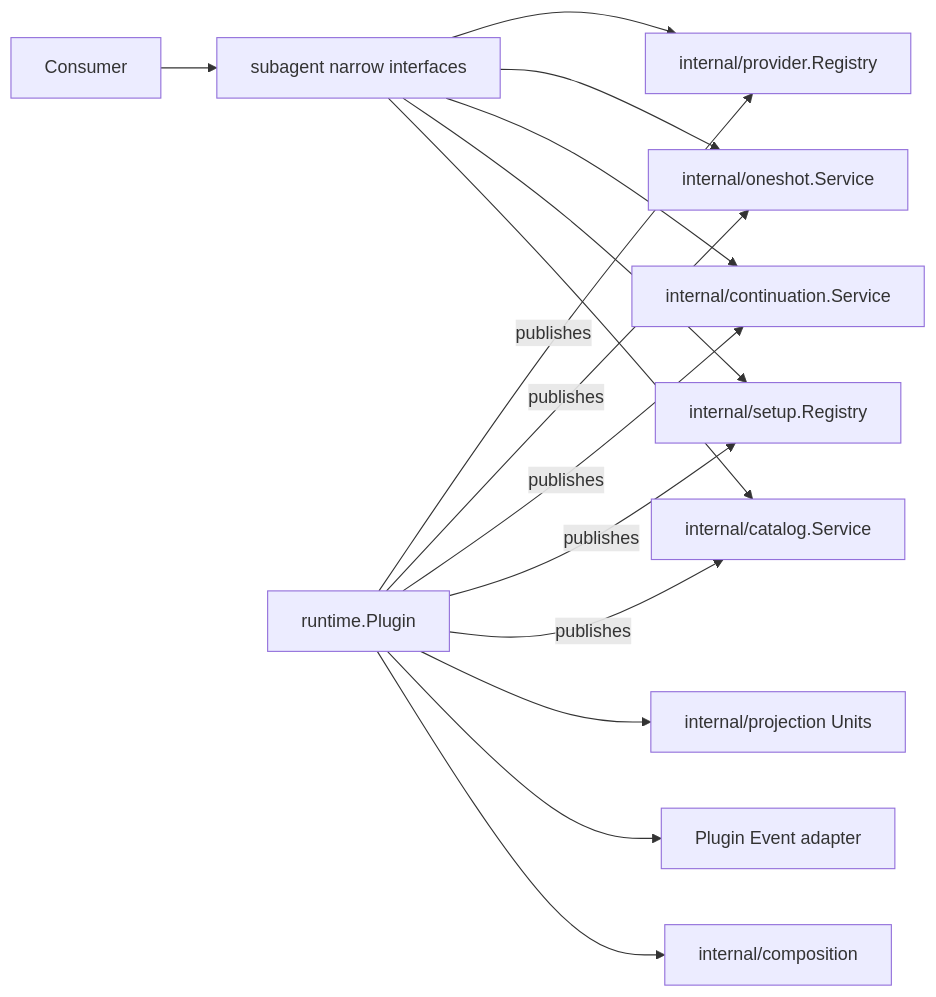
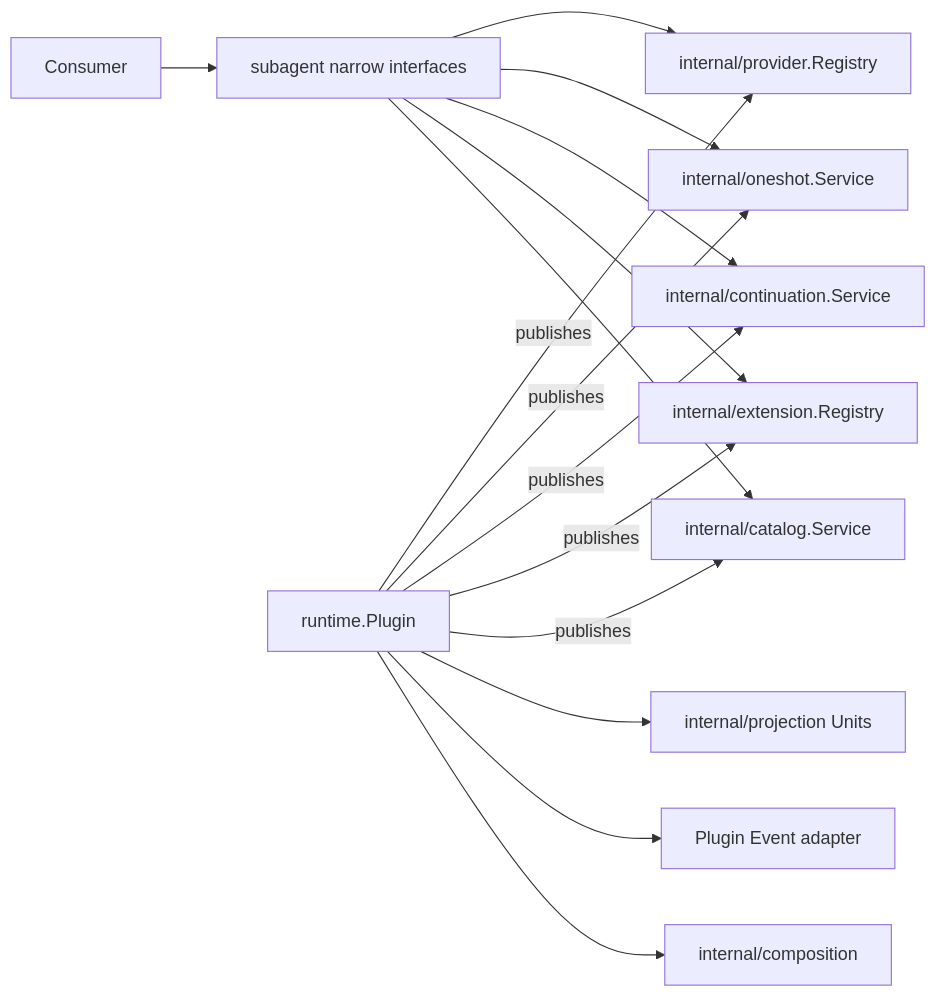
One commit to gorenx/goren changed the diagram in subagent/runtime/README.zh-CN.md. Above: the diagram before and after it, drawn with Mermaid. The commit also changed other lines of this file and 17 other files, not shown here.

````diff
--- a/subagent/runtime/README.zh-CN.md
+++ b/subagent/runtime/README.zh-CN.md
@@ -7,17 +7,17 @@
 ```mermaid
 flowchart LR
     Consumer --> Contracts[subagent narrow interfaces]
     Plugin[runtime.Plugin] -->|publishes| Provider[internal/provider.Registry]
     Plugin -->|publishes| OneShot[internal/oneshot.Service]
     Plugin -->|publishes| Continuation[internal/continuation.Service]
-    Plugin -->|publishes| Setup[internal/setup.Registry]
+    Plugin -->|publishes| Extension[internal/extension.Registry]
     Plugin -->|publishes| Catalog[internal/catalog.Service]
     Contracts --> Provider
     Contracts --> OneShot
     Contracts --> Continuation
-    Contracts --> Setup
+    Contracts --> Extension
     Contracts --> Catalog
     Plugin --> Projection[internal/projection Units]
     Plugin --> Events[Plugin Event adapter]
     Plugin --> Composition[internal/composition]
 ```
````
